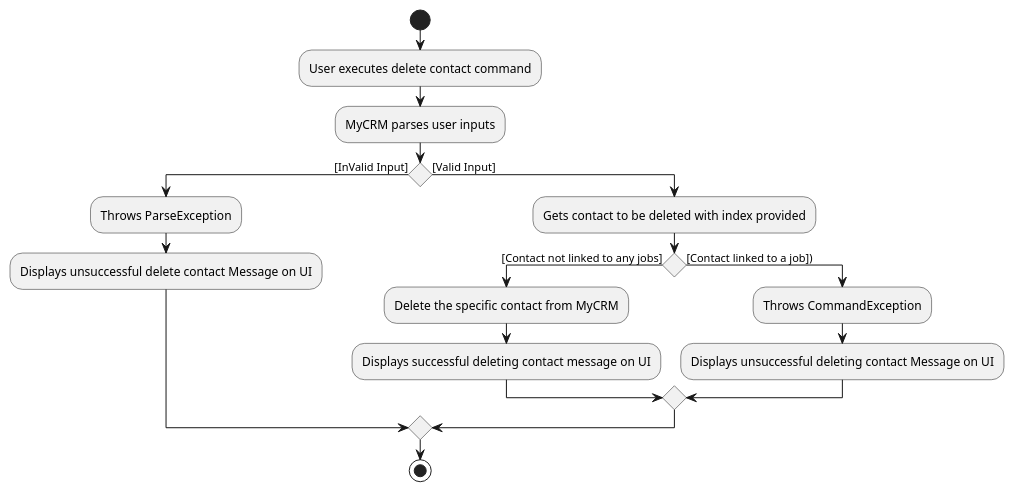
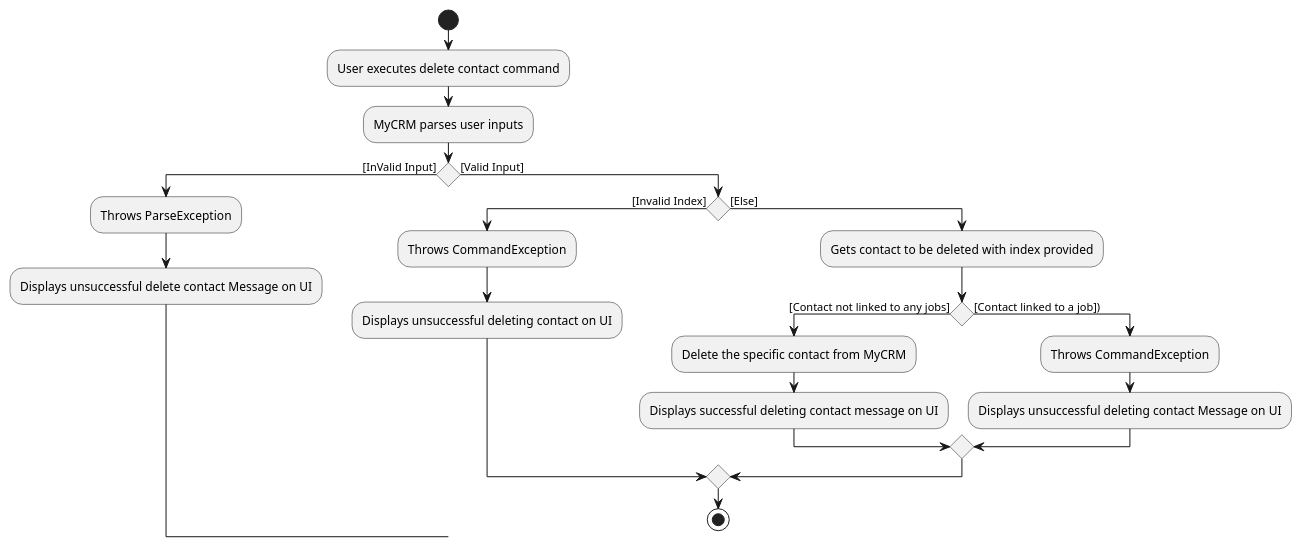
The diagram in docs/diagrams/contact/DeleteContactActivityDiagram.puml (ooawagaeri/tp), drawn with PlantUML before and after one commit. The commit also changed 9 other files, not shown here.

Commit message:
Add more details in contact diagrams.

```diff
--- a/docs/diagrams/contact/DeleteContactActivityDiagram.puml
+++ b/docs/diagrams/contact/DeleteContactActivityDiagram.puml
@@ -1,19 +1,23 @@
 @startuml
 start
 :User executes delete contact command;
 :MyCRM parses user inputs;
 if () then ([InValid Input])
     :Throws ParseException;
     :Displays unsuccessful delete contact Message on UI;
 else ([Valid Input])
-:Gets contact to be deleted with index provided;
-if () then ([Contact not linked to any jobs])
-:Delete the specific contact from MyCRM;
-:Displays successful deleting contact message on UI;
-else ([Contact linked to a job]))
-:Throws CommandException;
-:Displays unsuccessful deleting contact Message on UI;
+if () then ([Invalid Index])
+    :Throws CommandException;
+    :Displays unsuccessful deleting contact on UI;
+else ([Else])
+    :Gets contact to be deleted with index provided;
+    if () then ([Contact not linked to any jobs])
+    :Delete the specific contact from MyCRM;
+    :Displays successful deleting contact message on UI;
+    else ([Contact linked to a job]))
+    :Throws CommandException;
+    :Displays unsuccessful deleting contact Message on UI;
 endif
 endif
 stop
 @enduml
```
